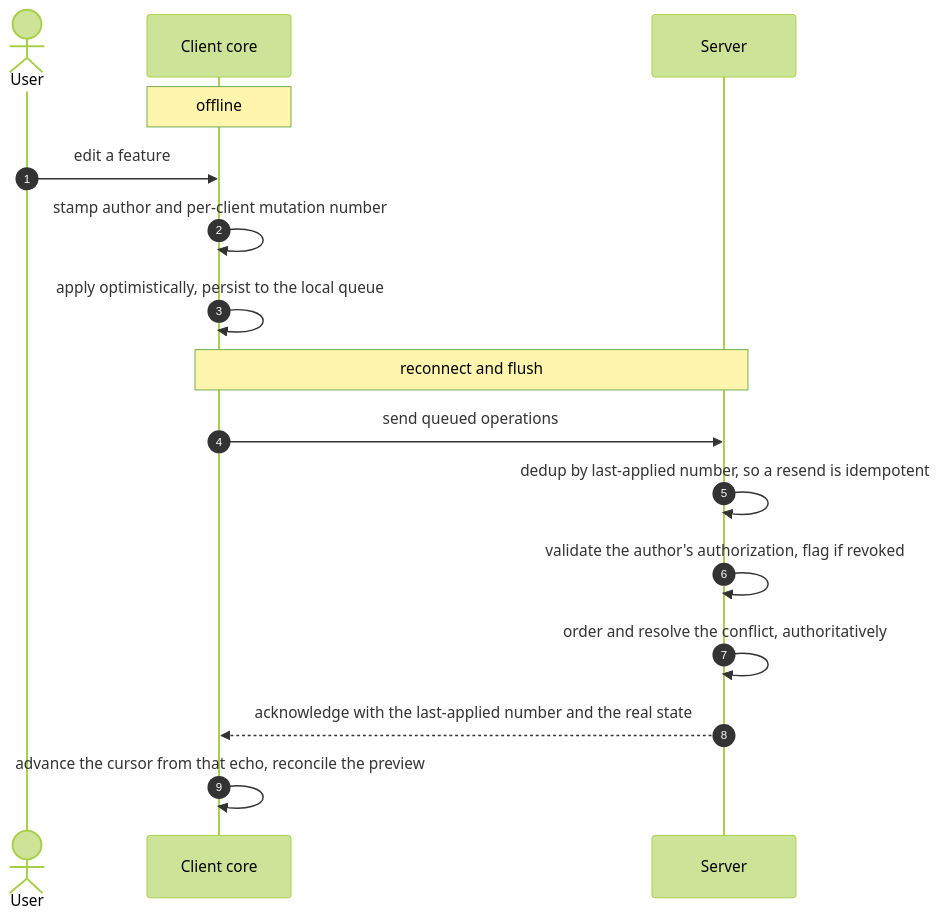
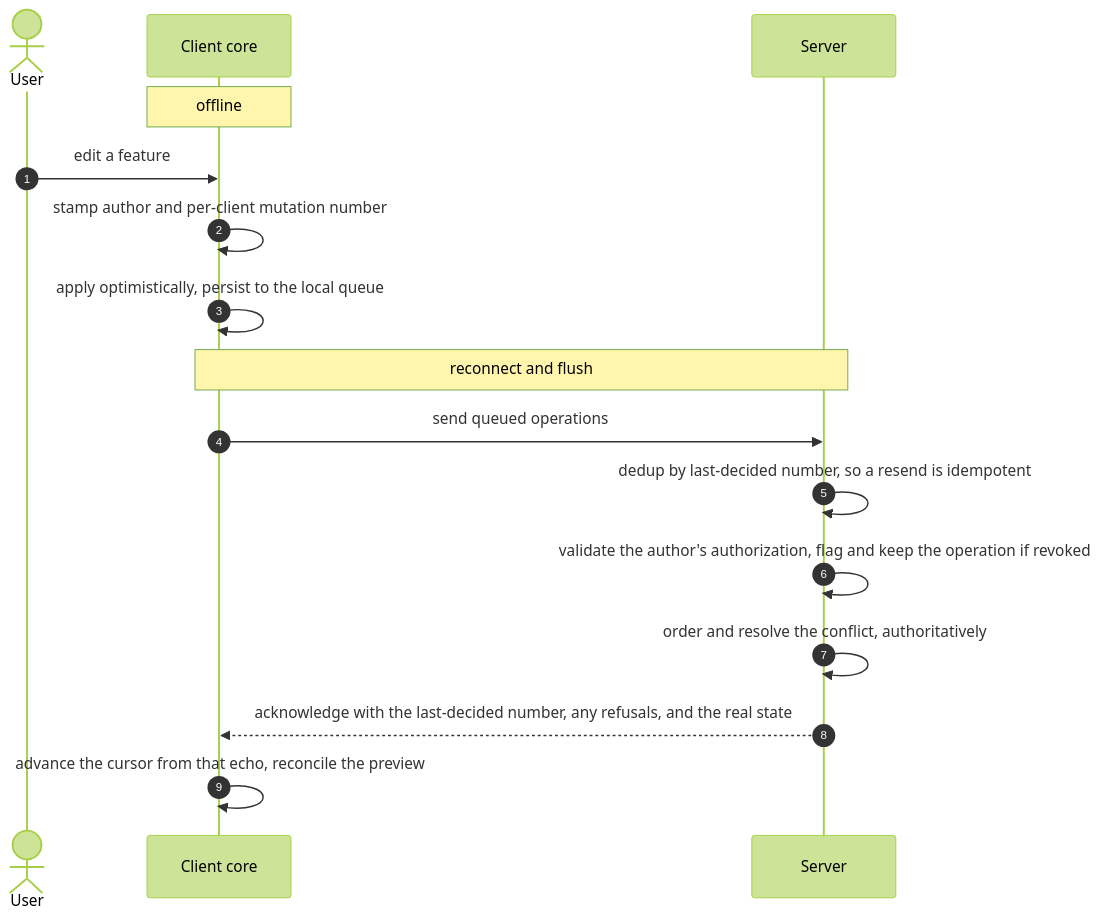
One commit to johnsilverio/mapsift changed the third of 4 diagrams in README.md. Above: the diagram before and after it, drawn with Mermaid (forest theme). The commit also changed 6 other files, not shown here.

````diff
--- a/README.md
+++ b/README.md
@@ -167,18 +167,18 @@
 ```mermaid
 sequenceDiagram
     autonumber
     actor U as User
     participant C as Client core
     participant S as Server
     Note over C: offline
     U->>C: edit a feature
     C->>C: stamp author and per-client mutation number
     C->>C: apply optimistically, persist to the local queue
     Note over C,S: reconnect and flush
     C->>S: send queued operations
-    S->>S: dedup by last-applied number, so a resend is idempotent
-    S->>S: validate the author's authorization, flag if revoked
+    S->>S: dedup by last-decided number, so a resend is idempotent
+    S->>S: validate the author's authorization, flag and keep the operation if revoked
     S->>S: order and resolve the conflict, authoritatively
-    S-->>C: acknowledge with the last-applied number and the real state
+    S-->>C: acknowledge with the last-decided number, any refusals, and the real state
     C->>C: advance the cursor from that echo, reconcile the preview
 ```
````
